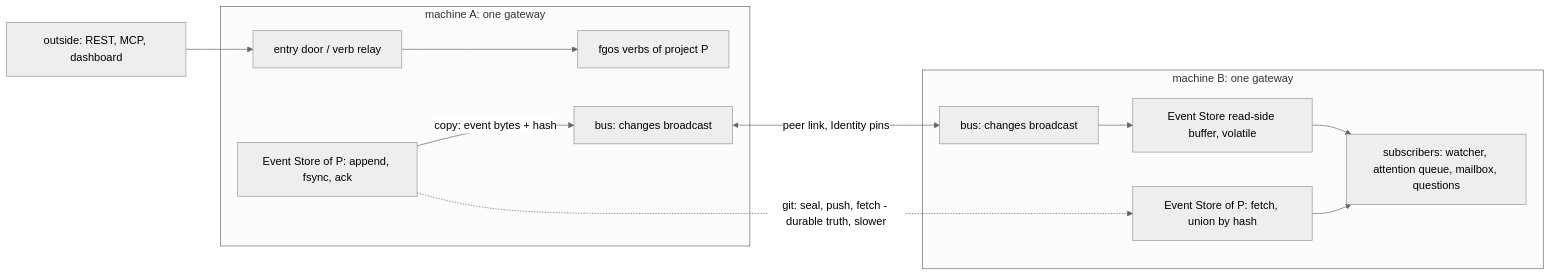
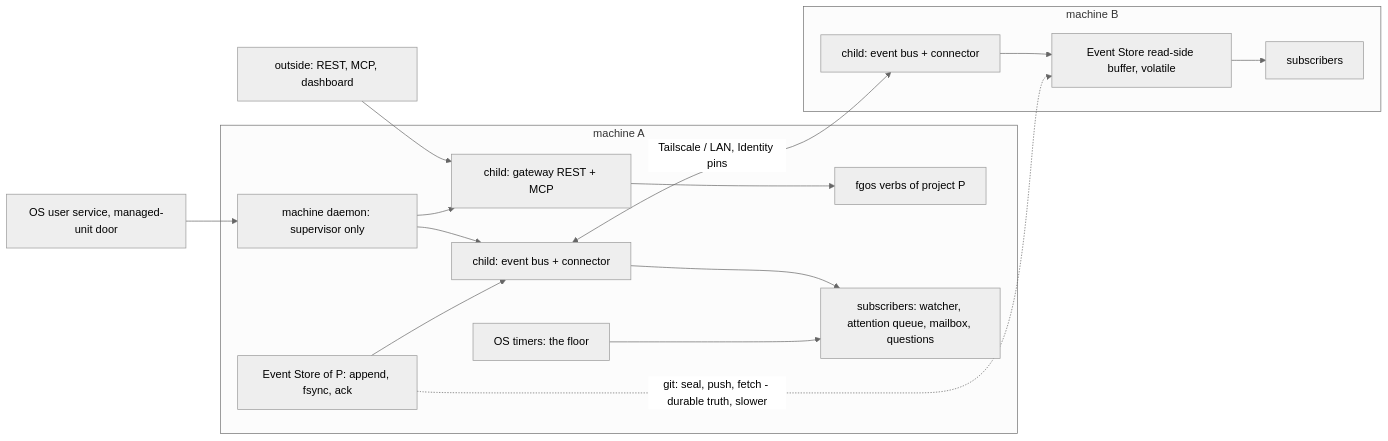
The diagram in plans/discussions/ds-64l3h22msc-gateway-cluster/DISCUSSION.md (vantt/forgent), drawn with Mermaid (neutral theme) before and after one commit. The commit also changed other lines of this file, not shown here.

Commit message:
discussion(gateway-cluster): event bus crate, machine daemon with supervised children, one managed-unit door

````diff
--- a/plans/discussions/ds-64l3h22msc-gateway-cluster/DISCUSSION.md
+++ b/plans/discussions/ds-64l3h22msc-gateway-cluster/DISCUSSION.md
@@ -184,15 +228,19 @@
 ```mermaid
 flowchart LR
-  X[outside: REST, MCP, dashboard] --> D1
-  subgraph M1[machine A: one gateway]
-    D1[entry door / verb relay] --> V1[fgos verbs of project P]
-    ES1[Event Store of P: append, fsync, ack] -->|copy: event bytes + hash| B1[bus: changes broadcast]
+  X[outside: REST, MCP, dashboard] --> GW1
+  OS1[OS user service, managed-unit door] --> D1
+  subgraph M1[machine A]
+    D1[machine daemon: supervisor only] --> GW1[child: gateway REST + MCP]
+    D1 --> BUS1[child: event bus + connector]
+    GW1 --> V1[fgos verbs of project P]
+    ES1[Event Store of P: append, fsync, ack] --> BUS1
+    BUS1 --> S1[subscribers: watcher, attention queue, mailbox, questions]
+    T1[OS timers: the floor] --> S1
   end
-  subgraph M2[machine B: one gateway]
-    B2[bus: changes broadcast] --> R2[Event Store read-side buffer, volatile]
-    R2 --> S2[subscribers: watcher, attention queue, mailbox, questions]
-    ES2[Event Store of P: fetch, union by hash] --> S2
+  subgraph M2[machine B]
+    BUS2[child: event bus + connector] --> R2[Event Store read-side buffer, volatile]
+    R2 --> S2[subscribers]
   end
-  B1 <-->|peer link, Identity pins| B2
-  ES1 -. git: seal, push, fetch - durable truth, slower .-> ES2
+  BUS1 <-->|Tailscale / LAN, Identity pins| BUS2
+  ES1 -. git: seal, push, fetch - durable truth, slower .-> R2
 ```
````
